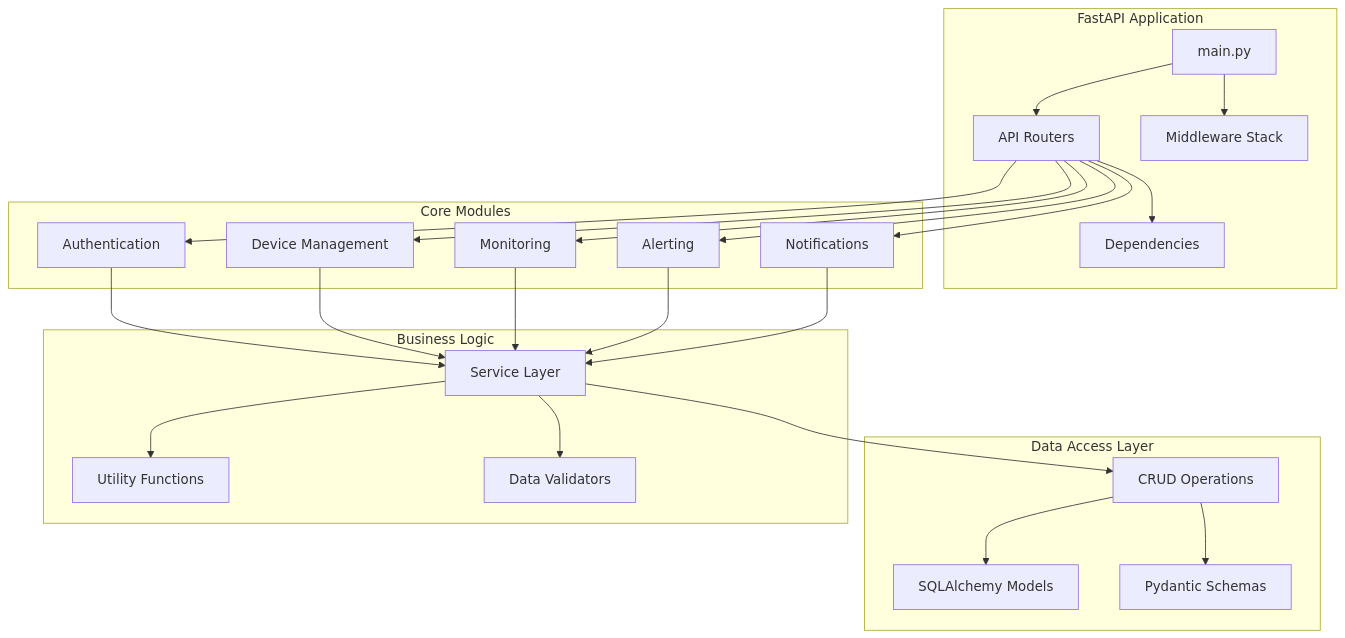
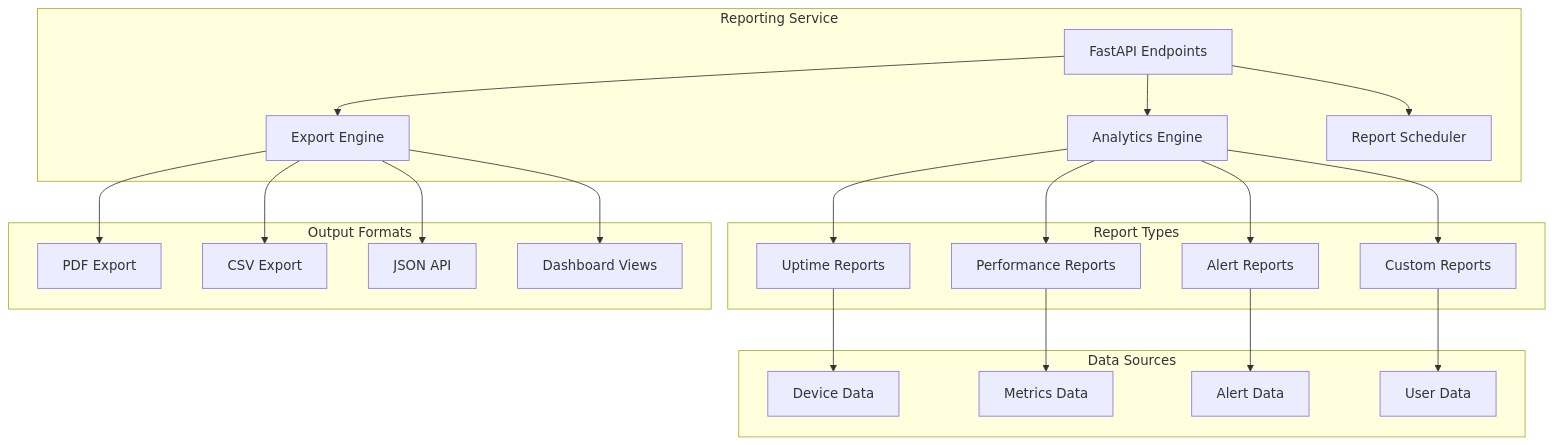
One commit to Code-Savanna/netpulse changed the eighth of 17 diagrams in ARCHITECTURE.md. Above: the diagram before and after it, drawn with Mermaid. The commit also changed other lines of this file and 4 other files, not shown here.

First line of the commit message:
docs: Update documentation for microservices architecture

````diff
--- a/ARCHITECTURE.md
+++ b/ARCHITECTURE.md
@@ -196,52 +483,49 @@
 ```mermaid
 graph TB
-    subgraph "FastAPI Application"
-        MAIN[main.py]
-        ROUTER[API Routers]
-        MIDDLEWARE[Middleware Stack]
-        DEPS[Dependencies]
+    subgraph "Reporting Service"
+        REPORT_API[FastAPI Endpoints]
+        ANALYTICS[Analytics Engine]
+        EXPORT[Export Engine]
+        SCHEDULER[Report Scheduler]
     end
     
-    subgraph "Core Modules"
-        AUTH_MOD[Authentication]
-        DEVICE_MOD[Device Management]
-        MONITOR_MOD[Monitoring]
-        ALERT_MOD[Alerting]
-        NOTIFY_MOD[Notifications]
+    subgraph "Report Types"
+        UPTIME[Uptime Reports]
+        PERFORMANCE[Performance Reports]
+        ALERT_RPT[Alert Reports]
+        CUSTOM[Custom Reports]
     end
     
-    subgraph "Data Access Layer"
-        MODELS[SQLAlchemy Models]
-        SCHEMAS[Pydantic Schemas]
-        CRUD[CRUD Operations]
+    subgraph "Data Sources"
+        DEVICE_DATA[Device Data]
+        METRIC_DATA[Metrics Data]
+        ALERT_DATA[Alert Data]
+        USER_DATA[User Data]
     end
     
-    subgraph "Business Logic"
-        SERVICES[Service Layer]
-        UTILS[Utility Functions]
-        VALIDATORS[Data Validators]
+    subgraph "Output Formats"
+        PDF[PDF Export]
+        CSV[CSV Export]
+        JSON[JSON API]
+        DASHBOARD[Dashboard Views]
     end
     
-    MAIN --> ROUTER
-    MAIN --> MIDDLEWARE
-    ROUTER --> DEPS
+    REPORT_API --> ANALYTICS
+    REPORT_API --> EXPORT
+    REPORT_API --> SCHEDULER
     
-    ROUTER --> AUTH_MOD
-    ROUTER --> DEVICE_MOD
-    ROUTER --> MONITOR_MOD
-    ROUTER --> ALERT_MOD
-    ROUTER --> NOTIFY_MOD
+    ANALYTICS --> UPTIME
+    ANALYTICS --> PERFORMANCE
+    ANALYTICS --> ALERT_RPT
+    ANALYTICS --> CUSTOM
     
-    AUTH_MOD --> SERVICES
-    DEVICE_MOD --> SERVICES
-    MONITOR_MOD --> SERVICES
-    ALERT_MOD --> SERVICES
-    NOTIFY_MOD --> SERVICES
+    UPTIME --> DEVICE_DATA
+    PERFORMANCE --> METRIC_DATA
+    ALERT_RPT --> ALERT_DATA
+    CUSTOM --> USER_DATA
     
-    SERVICES --> CRUD
-    CRUD --> MODELS
-    CRUD --> SCHEMAS
-    
-    SERVICES --> UTILS
-    SERVICES --> VALIDATORS
+    EXPORT --> PDF
+    EXPORT --> CSV
+    EXPORT --> JSON
+    EXPORT --> DASHBOARD
 ```
````
